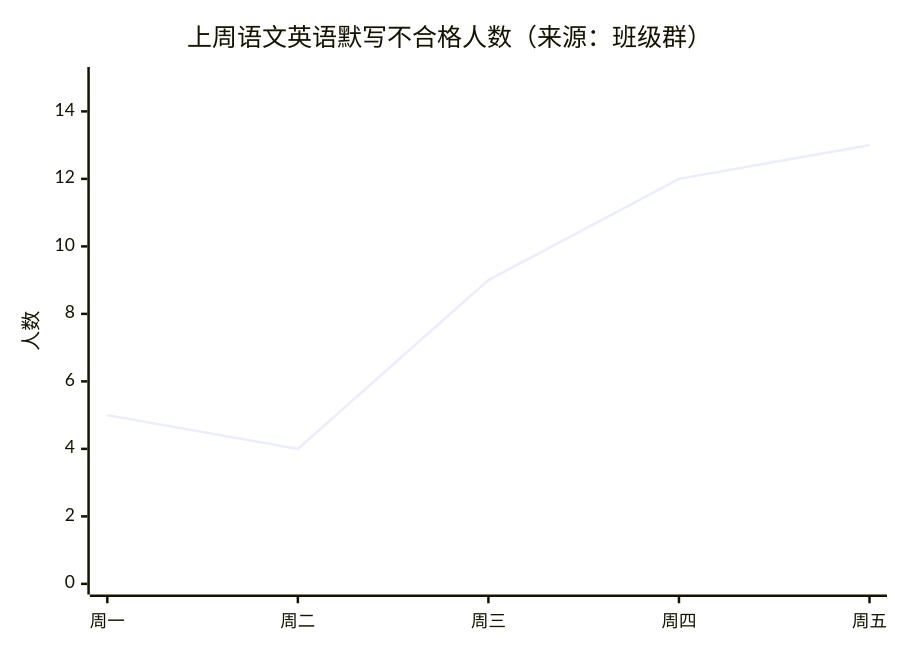
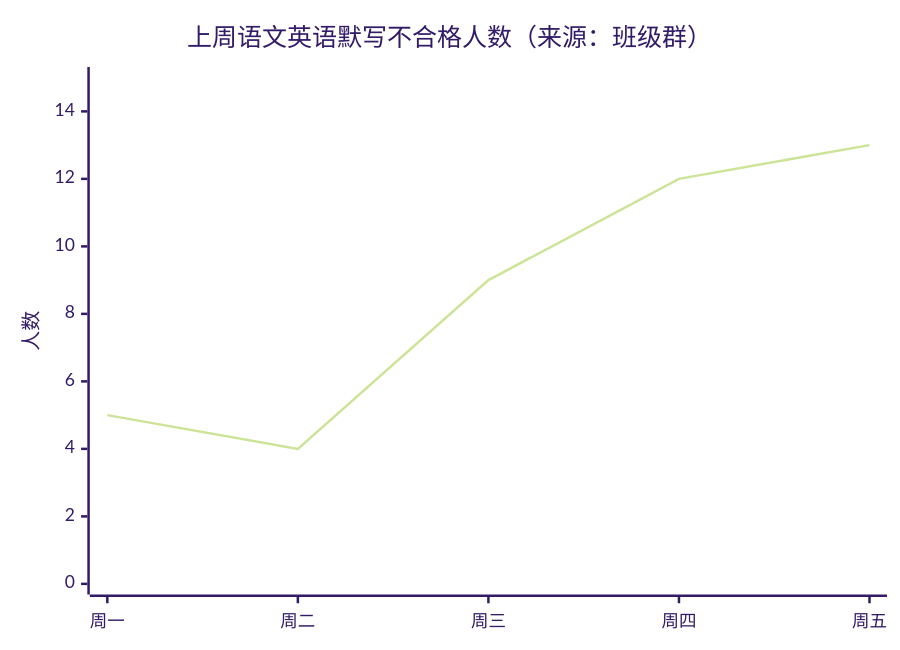
Before and after one commit to apkqiu/apkqiu.github.io: the diagram in docs/newspaper/5.md, drawn with Mermaid. The commit also changed 1 other file, not shown here.

Commit message:
更新设置文件，添加GitHub Actions工作流配置；在周报中引入Mermaid图表支持

````diff
--- a/docs/newspaper/5.md
+++ b/docs/newspaper/5.md
@@ -128,7 +128,8 @@
 ```mermaid
+%%{init: {'theme':'forest'}}%%
 xychart-beta
     title "上周语文英语默写不合格人数（来源：班级群）"
     x-axis ["周一","周二","周三","周四","周五"]
     y-axis "人数" 0 --> 15
     line [5,4,9,12,13]
 ```
````
